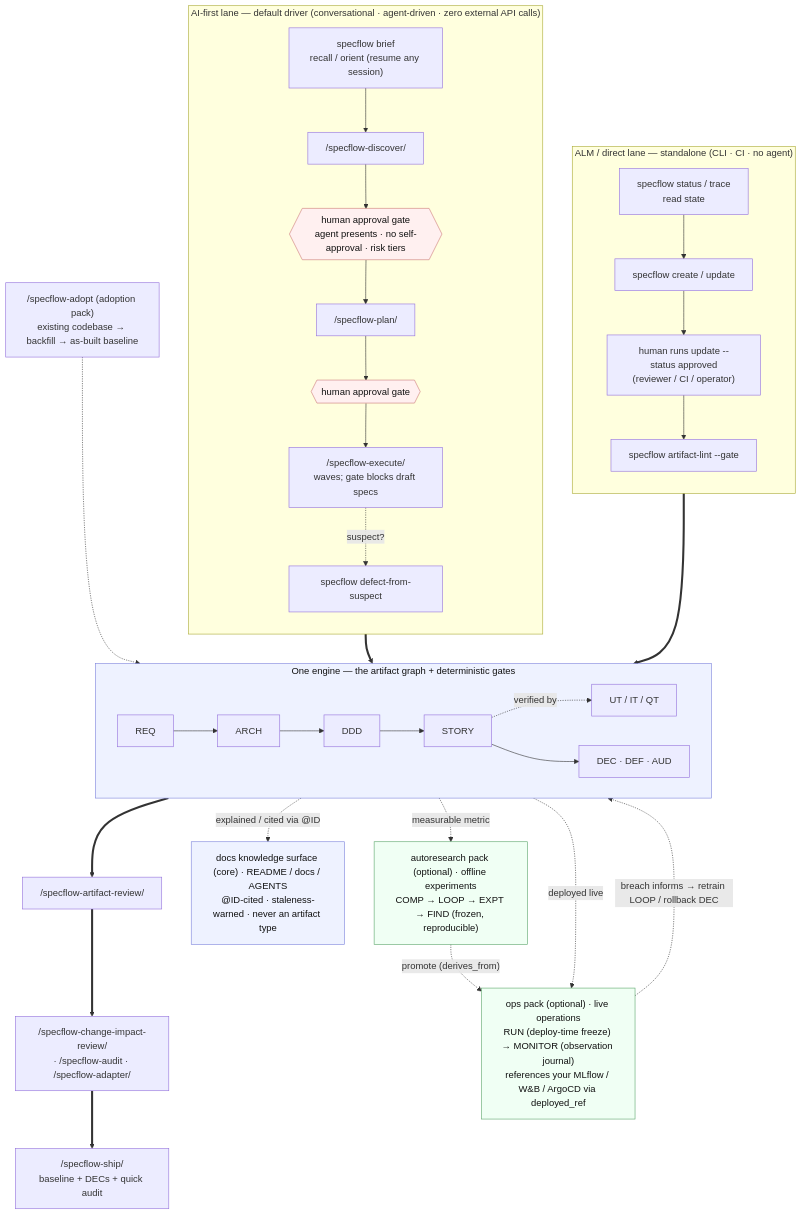
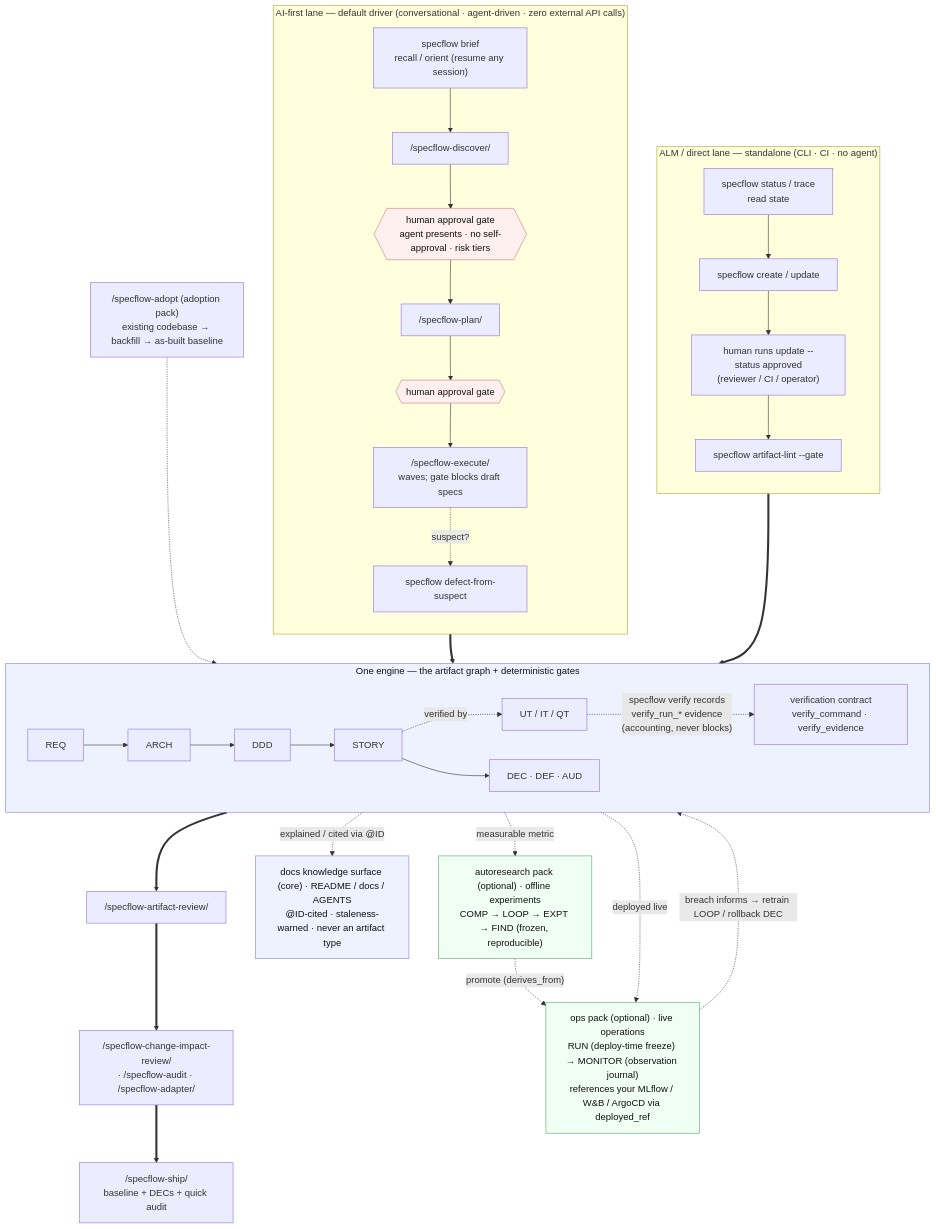
Before and after one commit to Longhuiberkeley/specflow: the diagram in docs/lifecycle.md, drawn with Mermaid. The commit also changed other lines of this file and 8 other files, not shown here.

First line of the commit message:
feat: verification-contract entry-point sync (skills, docs, brief router)

````diff
--- a/docs/lifecycle.md
+++ b/docs/lifecycle.md
@@ -16,53 +16,54 @@
 ```mermaid
 flowchart TB
     classDef engine fill:#eef2ff,stroke:#7c83db,color:#111;
     classDef gate fill:#fff0f0,stroke:#cc7a7a,color:#111;
     classDef pack fill:#f0fff4,stroke:#5aa56a,color:#111;
 
     subgraph AI["AI-first lane — default driver (conversational · agent-driven · zero external API calls)"]
         direction TB
         BR["specflow brief<br/>recall / orient (resume any session)"] --> AID["/specflow-discover/"]
         AID --> AG1{{"human approval gate<br/>agent presents · no self-approval · risk tiers"}}
         AG1 --> AIP["/specflow-plan/"]
         AIP --> AG2{{"human approval gate"}}
         AG2 --> AIE["/specflow-execute/<br/>waves; gate blocks draft specs"]
         AIE -. "suspect?" .-> DFS["specflow defect-from-suspect"]
     end
 
     subgraph ALM["ALM / direct lane — standalone (CLI · CI · no agent)"]
         direction TB
         ALS["specflow status / trace<br/>read state"] --> ALC["specflow create / update"]
         ALC --> ALG["human runs update --status approved<br/>(reviewer / CI / operator)"]
         ALG --> ALL["specflow artifact-lint --gate"]
     end
 
     subgraph ENG["One engine — the artifact graph + deterministic gates"]
         direction LR
         REQ --> ARCH --> DDD --> STORY
         STORY -. "verified by" .-> TST["UT / IT / QT"]
+        TST -. "specflow verify records<br/>verify_run_* evidence<br/>(accounting, never blocks)" .-> VRF["verification contract<br/>verify_command · verify_evidence"]
         STORY --> WRK["DEC · DEF · AUD"]
     end
 
     ADOPT["/specflow-adopt (adoption pack)<br/>existing codebase → backfill → as-built baseline"]
     ADOPT -.-> ENG
     AI ==> ENG
     ALM ==> ENG
     ENG ==> REV["/specflow-artifact-review/"]
     REV ==> NEXT["/specflow-change-impact-review/<br/>· /specflow-audit · /specflow-adapter/"]
     NEXT ==> SHIP["/specflow-ship/<br/>baseline + DECs + quick audit"]
 
     DOCS["docs knowledge surface (core) · README / docs / AGENTS<br/>@ID-cited · staleness-warned · never an artifact type"]
     ENG -. "explained / cited via @ID" .-> DOCS
 
     %% Optional pack-activated extensions — not mandatory lanes; the engine works without them.
     RES["autoresearch pack (optional) · offline experiments<br/>COMP → LOOP → EXPT → FIND (frozen, reproducible)"]
     OPS["ops pack (optional) · live operations<br/>RUN (deploy-time freeze) → MONITOR (observation journal)<br/>references your MLflow / W&amp;B / ArgoCD via deployed_ref"]
     ENG -. "measurable metric" .-> RES
     ENG -. "deployed live" .-> OPS
     RES -. "promote (derives_from)" .-> OPS
     OPS -. "breach informs → retrain LOOP / rollback DEC" .-> ENG
 
     class ENG,DOCS engine
     class AG1,AG2 gate
     class RES,OPS pack
 ```
````
